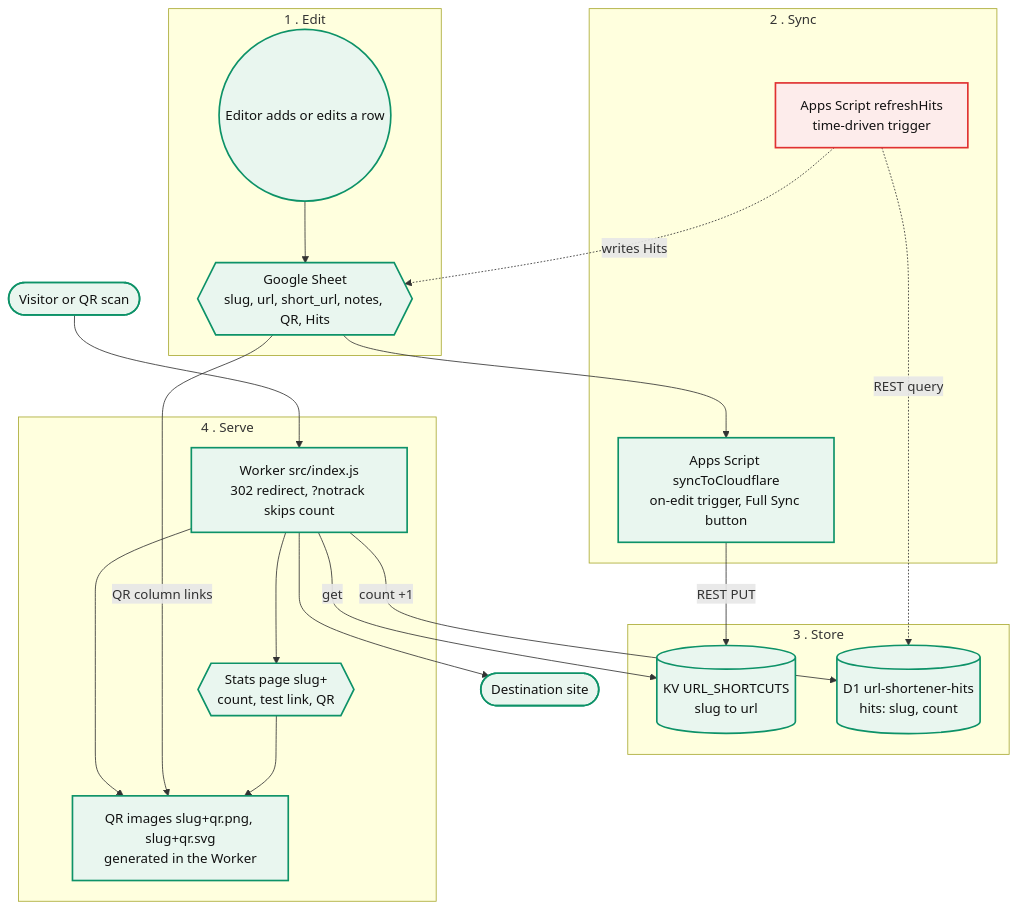
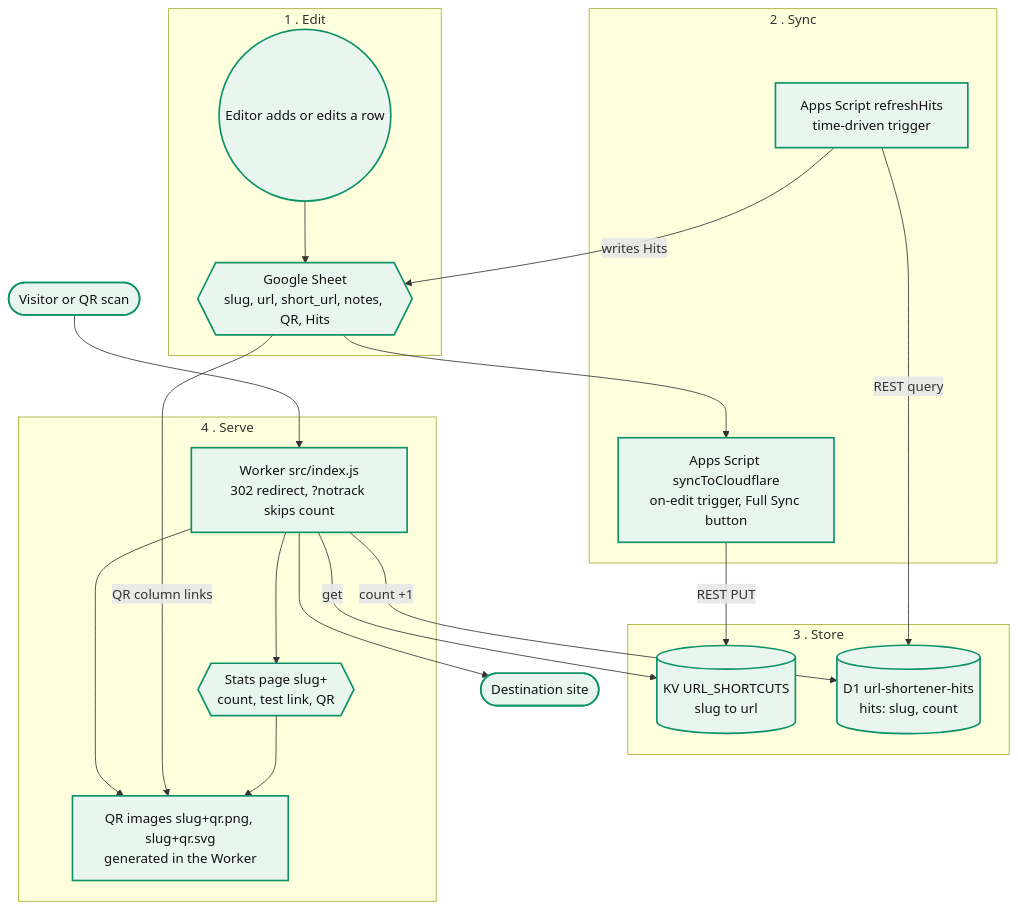
Before and after one commit to jackbremer/url-shortener: the diagram in docs/architecture.md, drawn with Mermaid. The commit also changed other lines of this file and 1 other file, not shown here.

Commit message:
Mark refreshHits live in diagram; update handoff

````diff
--- a/docs/architecture.md
+++ b/docs/architecture.md
@@ -3,41 +3,40 @@
 ```mermaid
 flowchart TD
   subgraph s1["1 . Edit"]
     editor(("Editor adds or edits a row"))
     sheet{{"Google Sheet<br>slug, url, short_url, notes, QR, Hits"}}
   end
   subgraph s2["2 . Sync"]
     sync["Apps Script syncToCloudflare<br>on-edit trigger, Full Sync button"]
     refresh["Apps Script refreshHits<br>time-driven trigger"]
   end
   subgraph s3["3 . Store"]
     kv[(KV URL_SHORTCUTS<br>slug to url)]
     d1[(D1 url-shortener-hits<br>hits: slug, count)]
   end
   subgraph s4["4 . Serve"]
     worker["Worker src/index.js<br>302 redirect, ?notrack skips count"]
     stats{{"Stats page slug+<br>count, test link, QR"}}
     qr["QR images slug+qr.png, slug+qr.svg<br>generated in the Worker"]
   end
   visitor(["Visitor or QR scan"])
   dest(["Destination site"])
 
   editor --> sheet
   sheet --> sync
   sync -->|REST PUT| kv
   visitor --> worker
   worker -->|get| kv
   worker -->|count +1| d1
   worker --> dest
   worker --> stats
   worker --> qr
   sheet -->|QR column links| qr
   stats --> qr
-  refresh -.->|REST query| d1
-  refresh -.->|writes Hits| sheet
+  refresh -->|REST query| d1
+  refresh -->|writes Hits| sheet
 
   classDef built fill:#e9f6ef,stroke:#0d9268,stroke-width:2px,color:#111
   classDef todo fill:#fdeceb,stroke:#e03131,stroke-width:2px,color:#111
-  class editor,sheet,sync,kv,d1,worker,stats,qr,visitor,dest built
-  class refresh todo
+  class editor,sheet,sync,refresh,kv,d1,worker,stats,qr,visitor,dest built
 ```
````
